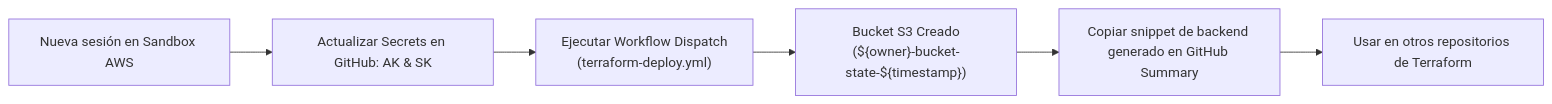
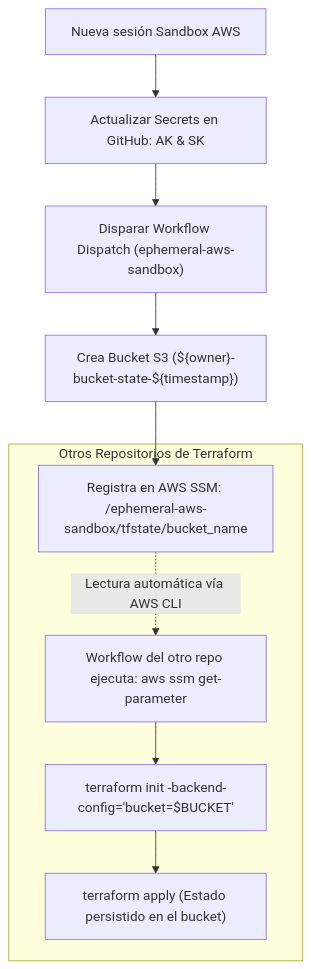
Before and after one commit to feversani-labs/ephemeral-aws-sandbox: the diagram in README.md, drawn with Mermaid. The commit also changed other lines of this file and 3 other files, not shown here.

Commit message:
feat: add SSM parameter integration for automated backend configuration and remove destroy workflow

````diff
--- a/README.md
+++ b/README.md
@@ -37,8 +40,13 @@
 ```mermaid
-flowchart LR
-    A[Nueva sesión en Sandbox AWS] --> B[Actualizar Secrets en GitHub: AK & SK]
-    B --> C["Ejecutar Workflow Dispatch<br>(terraform-deploy.yml)"]
-    C --> D["Bucket S3 Creado<br>(${owner}-bucket-state-${timestamp})"]
-    D --> E[Copiar snippet de backend generado en GitHub Summary]
-    E --> F[Usar en otros repositorios de Terraform]
+flowchart TD
+    A[Nueva sesión Sandbox AWS] --> B[Actualizar Secrets en GitHub: AK & SK]
+    B --> C["Disparar Workflow Dispatch (ephemeral-aws-sandbox)"]
+    C --> D["Crea Bucket S3 (${owner}-bucket-state-${timestamp})"]
+    D --> E["Registra en AWS SSM: /ephemeral-aws-sandbox/tfstate/bucket_name"]
+    
+    subgraph Otros Repositorios de Terraform
+        E -. Lectura automática vía AWS CLI .-> F["Workflow del otro repo ejecuta: aws ssm get-parameter"]
+        F --> G["terraform init -backend-config='bucket=$BUCKET'"]
+        G --> H["terraform apply (Estado persistido en el bucket)"]
+    end
 ```
````
